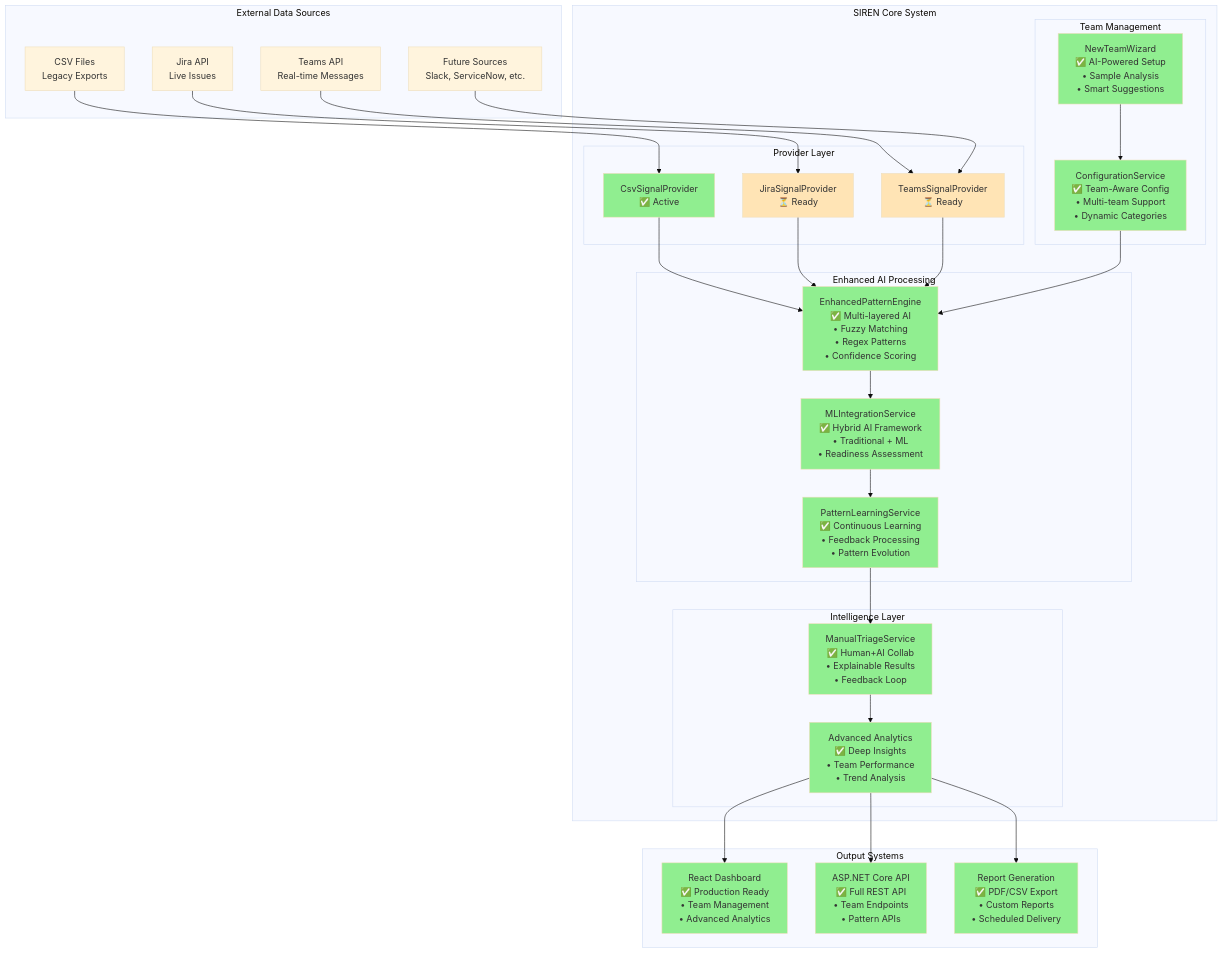
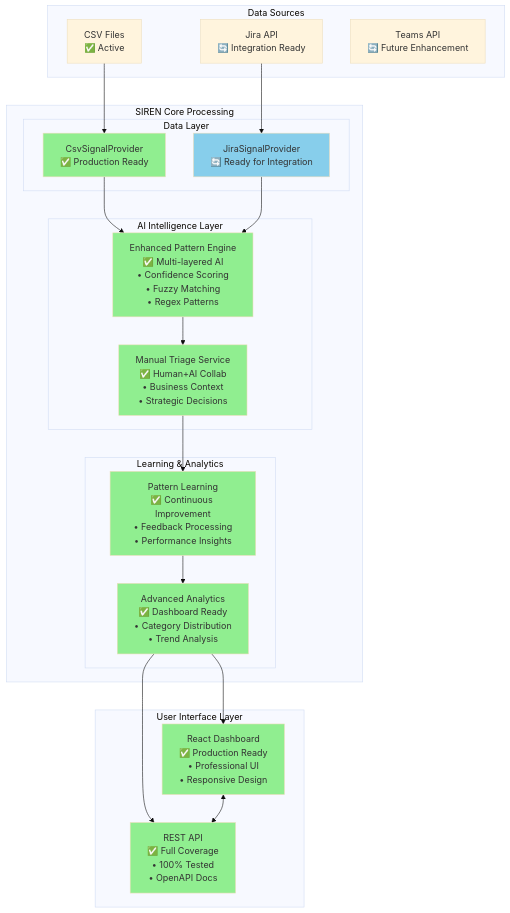
The first of 7 diagrams in Documentation/DIAGRAMS.md (BLeberSmeaton/siren), drawn with Mermaid (base theme) before and after one commit. The commit also changed other lines of this file and 6 other files, not shown here.

````diff
--- a/Documentation/DIAGRAMS.md
+++ b/Documentation/DIAGRAMS.md
@@ -5,74 +5,53 @@
 ```mermaid
 graph TB
-    subgraph "External Data Sources"
-        CSV[CSV Files<br/>Legacy Exports]
-        JIRA[Jira API<br/>Live Issues]
-        TEAMS[Teams API<br/>Real-time Messages]
-        FUTURE[Future Sources<br/>Slack, ServiceNow, etc.]
+    subgraph "Data Sources"
+        CSV[CSV Files<br/>✅ Active]
+        JIRA[Jira API<br/>🔄 Integration Ready]
+        TEAMS[Teams API<br/>🔄 Future Enhancement]
     end
     
-    subgraph "SIREN Core System"
-        subgraph "Provider Layer"
-            CSVP[CsvSignalProvider<br/>✅ Active]
-            JIRAP[JiraSignalProvider<br/>⏳ Ready]
-            TEAMSP[TeamsSignalProvider<br/>⏳ Ready]
+    subgraph "SIREN Core Processing"
+        subgraph "Data Layer"
+            CSVP[CsvSignalProvider<br/>✅ Production Ready]
+            JIRAP[JiraSignalProvider<br/>🔄 Ready for Integration]
         end
         
-        subgraph "Enhanced AI Processing"
-            ENHANCED[EnhancedPatternEngine<br/>✅ Multi-layered AI<br/>• Fuzzy Matching<br/>• Regex Patterns<br/>• Confidence Scoring]
-            ML_INTEG[MLIntegrationService<br/>✅ Hybrid AI Framework<br/>• Traditional + ML<br/>• Readiness Assessment]
-            LEARNING[PatternLearningService<br/>✅ Continuous Learning<br/>• Feedback Processing<br/>• Pattern Evolution]
+        subgraph "AI Intelligence Layer"
+            PATTERN[Enhanced Pattern Engine<br/>✅ Multi-layered AI<br/>• Confidence Scoring<br/>• Fuzzy Matching<br/>• Regex Patterns]
+            TRIAGE[Manual Triage Service<br/>✅ Human+AI Collab<br/>• Business Context<br/>• Strategic Decisions]
         end
         
-        subgraph "Team Management"
-            CONFIG[ConfigurationService<br/>✅ Team-Aware Config<br/>• Multi-team Support<br/>• Dynamic Categories]
-            WIZARD[NewTeamWizard<br/>✅ AI-Powered Setup<br/>• Sample Analysis<br/>• Smart Suggestions]
-        end
-        
-        subgraph "Intelligence Layer"
-            TRIAGE[ManualTriageService<br/>✅ Human+AI Collab<br/>• Explainable Results<br/>• Feedback Loop]
-            INSIGHTS[Advanced Analytics<br/>✅ Deep Insights<br/>• Team Performance<br/>• Trend Analysis]
+        subgraph "Learning & Analytics"
+            LEARNING[Pattern Learning<br/>✅ Continuous Improvement<br/>• Feedback Processing<br/>• Performance Insights]
+            ANALYTICS[Advanced Analytics<br/>✅ Dashboard Ready<br/>• Category Distribution<br/>• Trend Analysis]
         end
     end
     
-    subgraph "Output Systems"
-        DASH[React Dashboard<br/>✅ Production Ready<br/>• Team Management<br/>• Advanced Analytics]
-        API[ASP.NET Core API<br/>✅ Full REST API<br/>• Team Endpoints<br/>• Pattern APIs]
-        REPORTS[Report Generation<br/>✅ PDF/CSV Export<br/>• Custom Reports<br/>• Scheduled Delivery]
+    subgraph "User Interface Layer"
+        DASH[React Dashboard<br/>✅ Production Ready<br/>• Professional UI<br/>• Responsive Design]
+        API[REST API<br/>✅ Full Coverage<br/>• 100% Tested<br/>• OpenAPI Docs]
     end
     
     CSV --> CSVP
     JIRA --> JIRAP
-    TEAMS --> TEAMSP
-    FUTURE --> TEAMSP
     
-    CSVP --> ENHANCED
-    JIRAP --> ENHANCED
-    TEAMSP --> ENHANCED
+    CSVP --> PATTERN
+    JIRAP --> PATTERN
     
-    ENHANCED --> ML_INTEG
-    ML_INTEG --> LEARNING
-    LEARNING --> TRIAGE
+    PATTERN --> TRIAGE
+    TRIAGE --> LEARNING
+    LEARNING --> ANALYTICS
     
-    CONFIG --> ENHANCED
-    WIZARD --> CONFIG
-    
-    TRIAGE --> INSIGHTS
-    INSIGHTS --> DASH
-    INSIGHTS --> API
-    INSIGHTS --> REPORTS
+    ANALYTICS --> DASH
+    ANALYTICS --> API
+    DASH <--> API
     
     style CSVP fill:#90EE90
-    style ENHANCED fill:#90EE90
-    style ML_INTEG fill:#90EE90
+    style PATTERN fill:#90EE90
+    style TRIAGE fill:#90EE90
     style LEARNING fill:#90EE90
-    style CONFIG fill:#90EE90
-    style WIZARD fill:#90EE90
-    style TRIAGE fill:#90EE90
-    style INSIGHTS fill:#90EE90
+    style ANALYTICS fill:#90EE90
     style DASH fill:#90EE90
     style API fill:#90EE90
-    style REPORTS fill:#90EE90
-    style JIRAP fill:#FFE4B5
-    style TEAMSP fill:#FFE4B5
+    style JIRAP fill:#87CEEB
 ```
````
